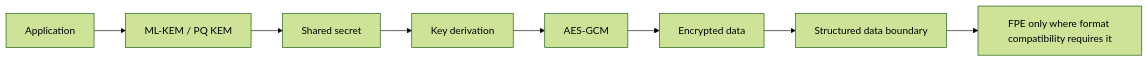
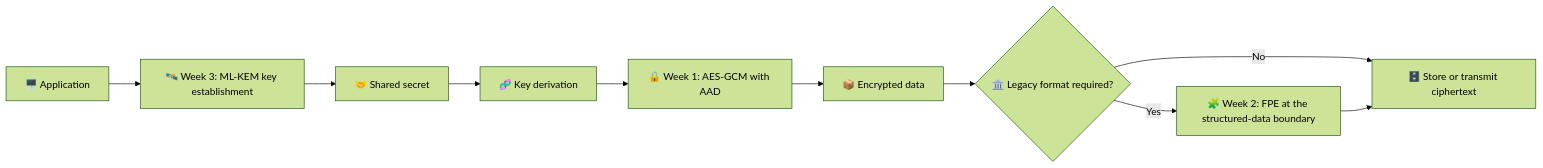
One commit to Janani176dev/BCA_DSE_PROJECTS_JANANI changed the fourth of 4 diagrams in README.md. Above: the diagram before and after it, drawn with Mermaid (forest theme). The commit also changed other lines of this file, not shown here.

````diff
--- a/README.md
+++ b/README.md
@@ -33,10 +211,12 @@
 ```mermaid
 flowchart LR
-    A[Application] --> B[ML-KEM / PQ KEM]
-    B --> C[Shared secret]
-    C --> D[Key derivation]
-    D --> E[AES-GCM]
-    E --> F[Encrypted data]
-    F --> G[Structured data boundary]
-    G --> H[FPE only where format compatibility requires it]
+    A["🖥️ Application"] --> B["🛰️ Week 3: ML-KEM key establishment"]
+    B --> C["🤝 Shared secret"]
+    C --> D["🧬 Key derivation"]
+    D --> E["🔒 Week 1: AES-GCM with AAD"]
+    E --> F["📦 Encrypted data"]
+    F --> G{"🏛️ Legacy format required?"}
+    G -- No --> H["🗄️ Store or transmit ciphertext"]
+    G -- Yes --> I["🧩 Week 2: FPE at the structured-data boundary"]
+    I --> H
 ```
````
